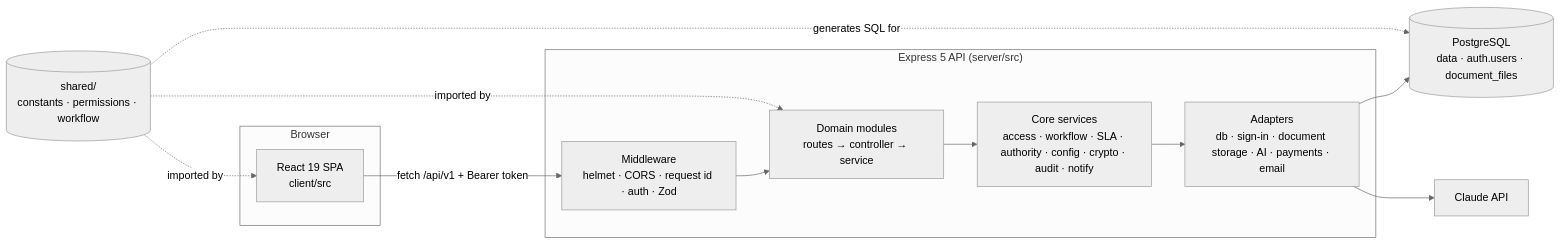
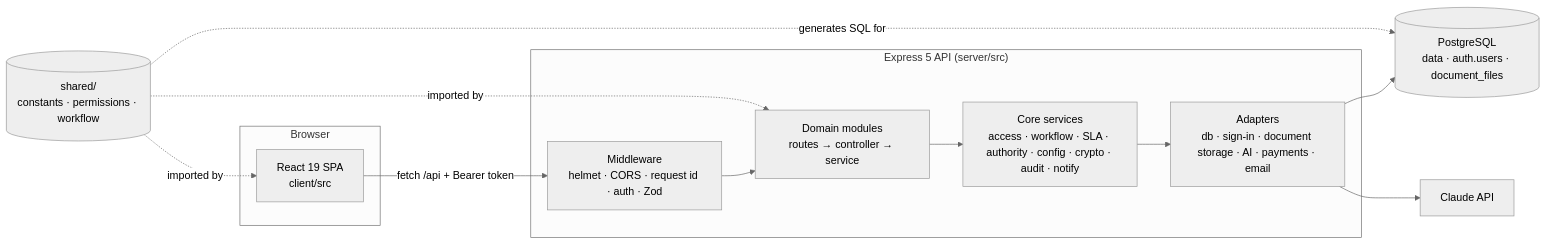
One commit to isswarya-ideassion/insurance-claim-management changed the first of 4 diagrams in docs/WALKTHROUGH.md. Above: the diagram before and after it, drawn with Mermaid (neutral theme). The commit also changed other lines of this file and 20 other files, not shown here.

````diff
--- a/docs/WALKTHROUGH.md
+++ b/docs/WALKTHROUGH.md
@@ -26,22 +26,22 @@
 ```mermaid
 flowchart LR
   subgraph Browser
     UI[React 19 SPA<br/>client/src]
   end
   subgraph API["Express 5 API (server/src)"]
     MW[Middleware<br/>helmet · CORS · request id · auth · Zod]
     MOD[Domain modules<br/>routes → controller → service]
     SVC[Core services<br/>access · workflow · SLA · authority · config · crypto · audit · notify]
     AD[Adapters<br/>db · sign-in · document storage · AI · payments · email]
   end
   SH[(shared/<br/>constants · permissions · workflow)]
   DB[(PostgreSQL<br/>data · auth.users · document_files)]
   AI[Claude API]
 
-  UI -- "fetch /api/v1 + Bearer token" --> MW --> MOD --> SVC --> AD
+  UI -- "fetch /api + Bearer token" --> MW --> MOD --> SVC --> AD
   AD --> DB
   AD --> AI
   SH -.imported by.-> UI
   SH -.imported by.-> MOD
   SH -.generates SQL for.-> DB
 ```
````
